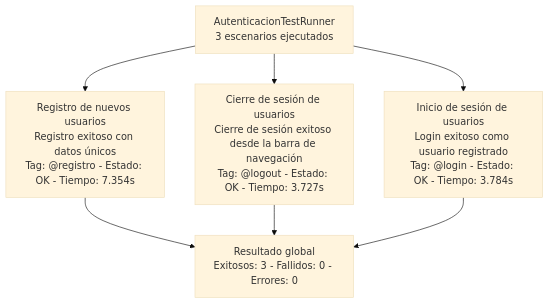
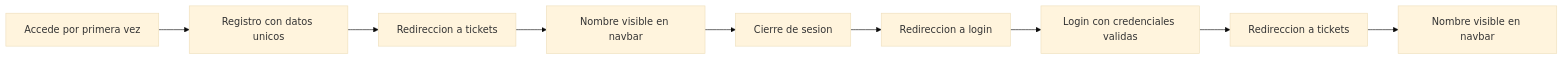
The diagram in README.md (SofkaMatiasRegalo/AUTO_FRONT_SCREENPLAY), drawn with Mermaid (base theme) before and after one commit. The commit also changed other lines of this file and 15 other files, not shown here.

````diff
--- a/README.md
+++ b/README.md
@@ -19,10 +18,11 @@
 ```mermaid
-flowchart TB
-    A[AutenticacionTestRunner\n3 escenarios ejecutados] --> B[Registro de nuevos usuarios\nRegistro exitoso con datos únicos\nTag: @registro - Estado: OK - Tiempo: 7.354s]
-    A --> C[Cierre de sesión de usuarios\nCierre de sesión exitoso desde la barra de navegación\nTag: @logout - Estado: OK - Tiempo: 3.727s]
-    A --> D[Inicio de sesión de usuarios\nLogin exitoso como usuario registrado\nTag: @login - Estado: OK - Tiempo: 3.784s]
-
-    B --> E[Resultado global\nExitosos: 3 - Fallidos: 0 - Errores: 0]
-    C --> E
-    D --> E
+flowchart LR
+    A[Accede por primera vez] --> B[Registro con datos unicos]
+    B --> C[Redireccion a tickets]
+    C --> D[Nombre visible en navbar]
+    D --> E[Cierre de sesion]
+    E --> F[Redireccion a login]
+    F --> G[Login con credenciales validas]
+    G --> H[Redireccion a tickets]
+    H --> I[Nombre visible en navbar]
 ```
````
